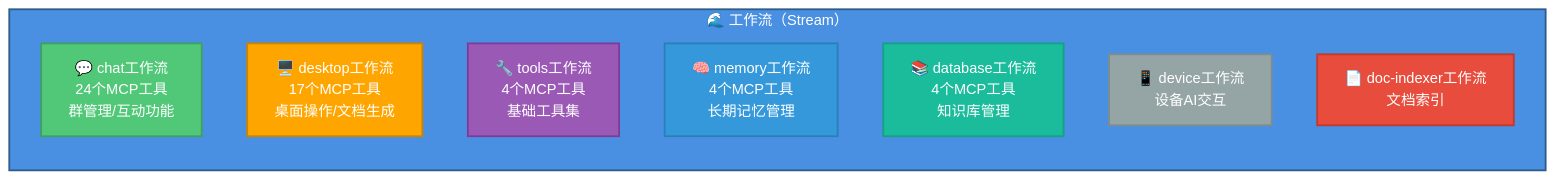
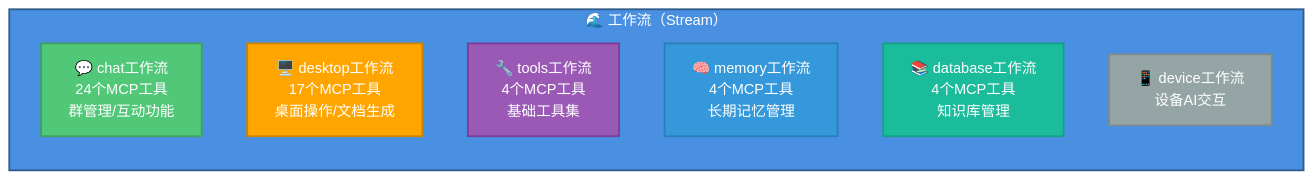
Before and after one commit to sunflowermm/XRK-AGT: the first of 4 diagrams in docs/system-core.md, drawn with Mermaid. The commit also changed other lines of this file and 1 other file, not shown here.

````diff
--- a/docs/system-core.md
+++ b/docs/system-core.md
@@ -233,22 +233,20 @@
 ```mermaid
 flowchart LR
     subgraph Streams["🌊 工作流（Stream）"]
         direction TB
         Chat["💬 chat工作流<br/>24个MCP工具<br/>群管理/互动功能"]
         Desktop["🖥️ desktop工作流<br/>17个MCP工具<br/>桌面操作/文档生成"]
         Tools["🔧 tools工作流<br/>4个MCP工具<br/>基础工具集"]
         Memory["🧠 memory工作流<br/>4个MCP工具<br/>长期记忆管理"]
         Database["📚 database工作流<br/>4个MCP工具<br/>知识库管理"]
         Device["📱 device工作流<br/>设备AI交互"]
-        DocIndexer["📄 doc-indexer工作流<br/>文档索引"]
     end
     
     style Streams fill:#4A90E2,stroke:#2E5C8A,stroke-width:2px,color:#fff
     style Chat fill:#50C878,stroke:#3FA060,stroke-width:2px,color:#fff
     style Desktop fill:#FFA500,stroke:#CC8400,stroke-width:2px,color:#fff
     style Tools fill:#9B59B6,stroke:#7D3C98,stroke-width:2px,color:#fff
     style Memory fill:#3498DB,stroke:#2980B9,stroke-width:2px,color:#fff
     style Database fill:#1ABC9C,stroke:#16A085,stroke-width:2px,color:#fff
     style Device fill:#95A5A6,stroke:#7F8C8D,stroke-width:2px,color:#fff
-    style DocIndexer fill:#E74C3C,stroke:#C0392B,stroke-width:2px,color:#fff
 ```
````
